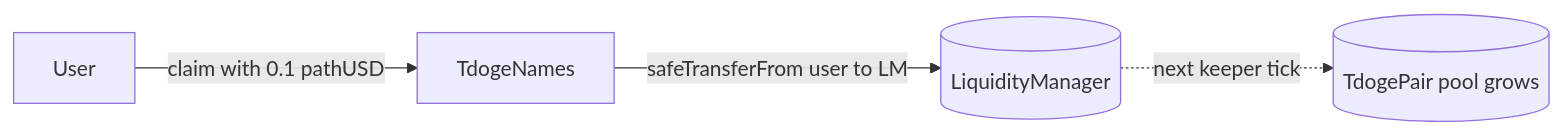
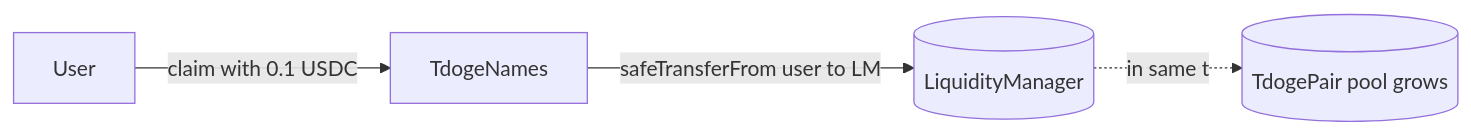
Diagram 13 of 19 in WHITEPAPER.md (dudelynft-dotcom/DF), drawn with Mermaid before and after one commit. The commit also changed other lines of this file and 2 other files, not shown here.

````diff
--- a/WHITEPAPER.md
+++ b/WHITEPAPER.md
@@ -702,6 +687,6 @@
 ```mermaid
 flowchart LR
-    U[User] -->|claim with 0.1 pathUSD| N[TdogeNames]
+    U[User] -->|claim with 0.1 USDC| N[TdogeNames]
     N -->|safeTransferFrom user to LM| LM[(LiquidityManager)]
-    LM -.next keeper tick.-> Pair[(TdogePair pool grows)]
+    LM -.in same tx.-> Pair[(TdogePair pool grows)]
 ```
````
